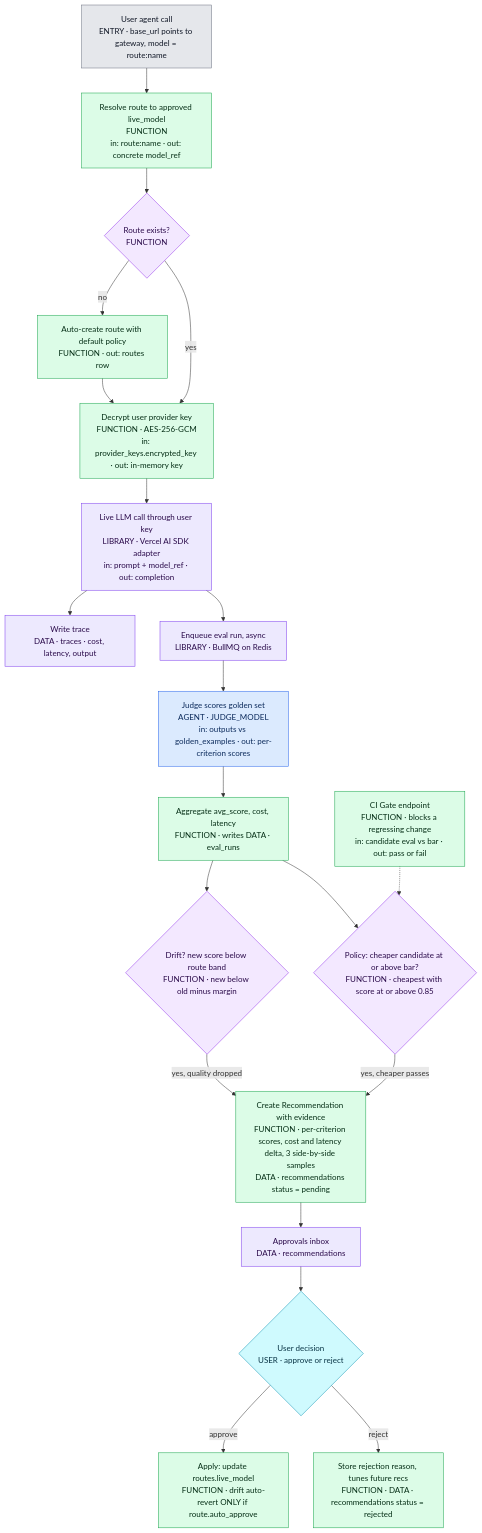
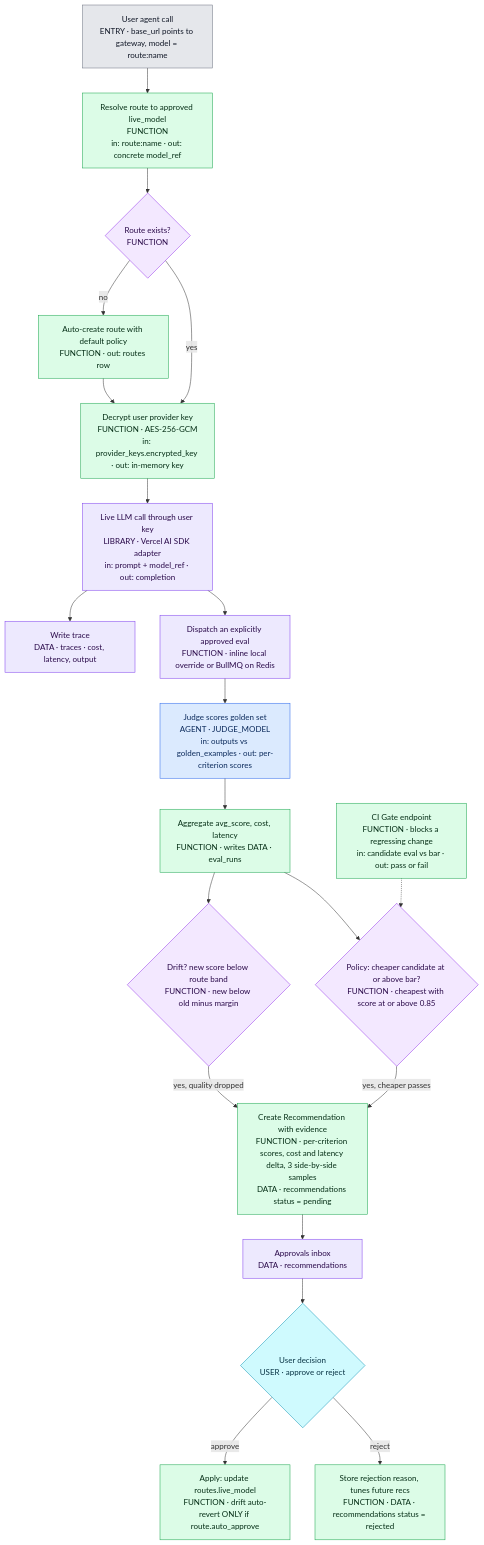
Before and after one commit to APareek89/Blindspot_v1: the first of 3 diagrams in docs/ARCHITECTURE_FLOW.md, drawn with Mermaid. The commit also changed other lines of this file and 39 other files, not shown here.

````diff
--- a/docs/ARCHITECTURE_FLOW.md
+++ b/docs/ARCHITECTURE_FLOW.md
@@ -36,42 +41,42 @@
 ```mermaid
 flowchart TD
   A["User agent call<br/>ENTRY · base_url points to gateway, model = route:name"]:::term
   B["Resolve route to approved live_model<br/>FUNCTION<br/>in: route:name · out: concrete model_ref"]:::fn
   C{"Route exists?<br/>FUNCTION"}:::dec
   D["Auto-create route with default policy<br/>FUNCTION · out: routes row"]:::fn
   E["Decrypt user provider key<br/>FUNCTION · AES-256-GCM<br/>in: provider_keys.encrypted_key · out: in-memory key"]:::fn
   F["Live LLM call through user key<br/>LIBRARY · Vercel AI SDK adapter<br/>in: prompt + model_ref · out: completion"]:::data
   G["Write trace<br/>DATA · traces · cost, latency, output"]:::data
-  H["Enqueue eval run, async<br/>LIBRARY · BullMQ on Redis"]:::data
+  H["Dispatch an explicitly approved eval<br/>FUNCTION · inline local override or BullMQ on Redis"]:::data
   I["Judge scores golden set<br/>AGENT · JUDGE_MODEL<br/>in: outputs vs golden_examples · out: per-criterion scores"]:::agent
   J["Aggregate avg_score, cost, latency<br/>FUNCTION · writes DATA · eval_runs"]:::fn
   K{"Drift? new score below route band<br/>FUNCTION · new below old minus margin"}:::dec
   L{"Policy: cheaper candidate at or above bar?<br/>FUNCTION · cheapest with score at or above 0.85"}:::dec
   M["Create Recommendation with evidence<br/>FUNCTION · per-criterion scores, cost and latency delta, 3 side-by-side samples<br/>DATA · recommendations status = pending"]:::fn
   N["Approvals inbox<br/>DATA · recommendations"]:::data
   O{"User decision<br/>USER · approve or reject"}:::ask
   P["Apply: update routes.live_model<br/>FUNCTION · drift auto-revert ONLY if route.auto_approve"]:::fn
   Q["Store rejection reason, tunes future recs<br/>FUNCTION · DATA · recommendations status = rejected"]:::fn
   R["CI Gate endpoint<br/>FUNCTION · blocks a regressing change<br/>in: candidate eval vs bar · out: pass or fail"]:::fn
 
   A --> B --> C
   C -- "no" --> D --> E
   C -- "yes" --> E
   E --> F --> G
   F --> H --> I --> J
   J --> K
   J --> L
   K -- "yes, quality dropped" --> M
   L -- "yes, cheaper passes" --> M
   M --> N --> O
   O -- "approve" --> P
   O -- "reject" --> Q
   R -.-> L
 
   classDef agent fill:#dbeafe,stroke:#2563eb,color:#0b2a5b;
   classDef fn fill:#dcfce7,stroke:#16a34a,color:#052e16;
   classDef dec fill:#f3e8ff,stroke:#9333ea,color:#2a0a4a;
   classDef term fill:#e5e7eb,stroke:#6b7280,color:#111827;
   classDef ask fill:#cffafe,stroke:#0891b2,color:#083344;
   classDef data fill:#ede9fe,stroke:#7c3aed,color:#2a0a4a;
 ```
````
